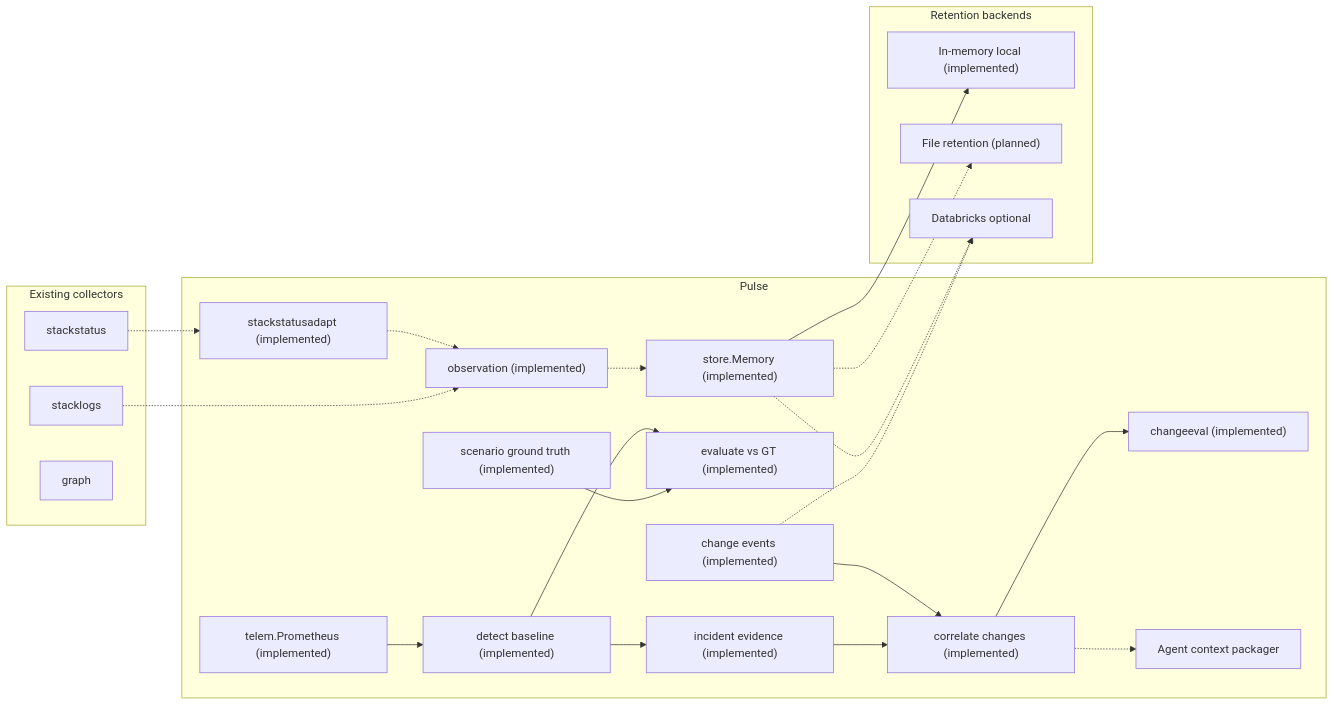
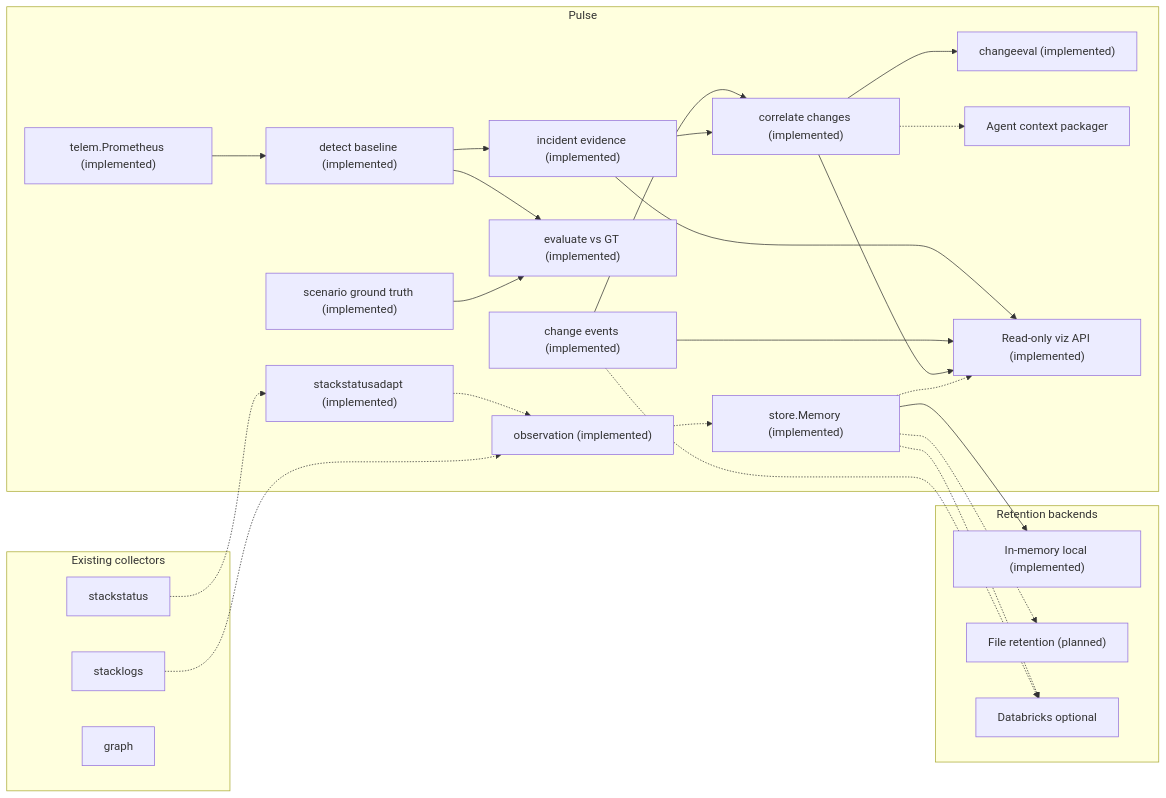
Before and after one commit to sharathb5/perch-pulse: the second of 2 diagrams in docs/ARCHITECTURE.md, drawn with Mermaid. The commit also changed other lines of this file and 16 other files, not shown here.

First line of the commit message:
feat(pulse): expose read-only Pulse API on perch viz (#18) (#19)

````diff
--- a/docs/ARCHITECTURE.md
+++ b/docs/ARCHITECTURE.md
@@ -109,44 +112,49 @@
 ```mermaid
 flowchart LR
   subgraph existing["Existing collectors"]
     SS["stackstatus"]
     SL["stacklogs"]
     G["graph"]
   end
 
   subgraph pulse["Pulse"]
     OBS["observation (implemented)"]
     ADAPT["stackstatusadapt (implemented)"]
     HIST["store.Memory (implemented)"]
     GT["scenario ground truth (implemented)"]
     TELEM["telem.Prometheus (implemented)"]
     DET["detect baseline (implemented)"]
     EVAL["evaluate vs GT (implemented)"]
     CHG["change events (implemented)"]
     INC["incident evidence (implemented)"]
     COR["correlate changes (implemented)"]
     CHEVAL["changeeval (implemented)"]
     AGENT["Agent context packager"]
+    API["Read-only viz API (implemented)"]
   end
 
   subgraph backends["Retention backends"]
     MEM["In-memory local (implemented)"]
     FILE["File retention (planned)"]
     DBX["Databricks optional"]
   end
 
   SS -.-> ADAPT -.-> OBS -.-> HIST
   SL -.-> OBS
   HIST --> MEM
   HIST -.-> FILE
   HIST -.-> DBX
   TELEM --> DET
   DET --> EVAL
   GT --> EVAL
   DET --> INC
   CHG --> COR
   INC --> COR
   COR --> CHEVAL
   COR -.-> AGENT
+  INC --> API
+  CHG --> API
+  COR --> API
+  HIST -.-> API
   CHG -.-> DBX
 ```
````
